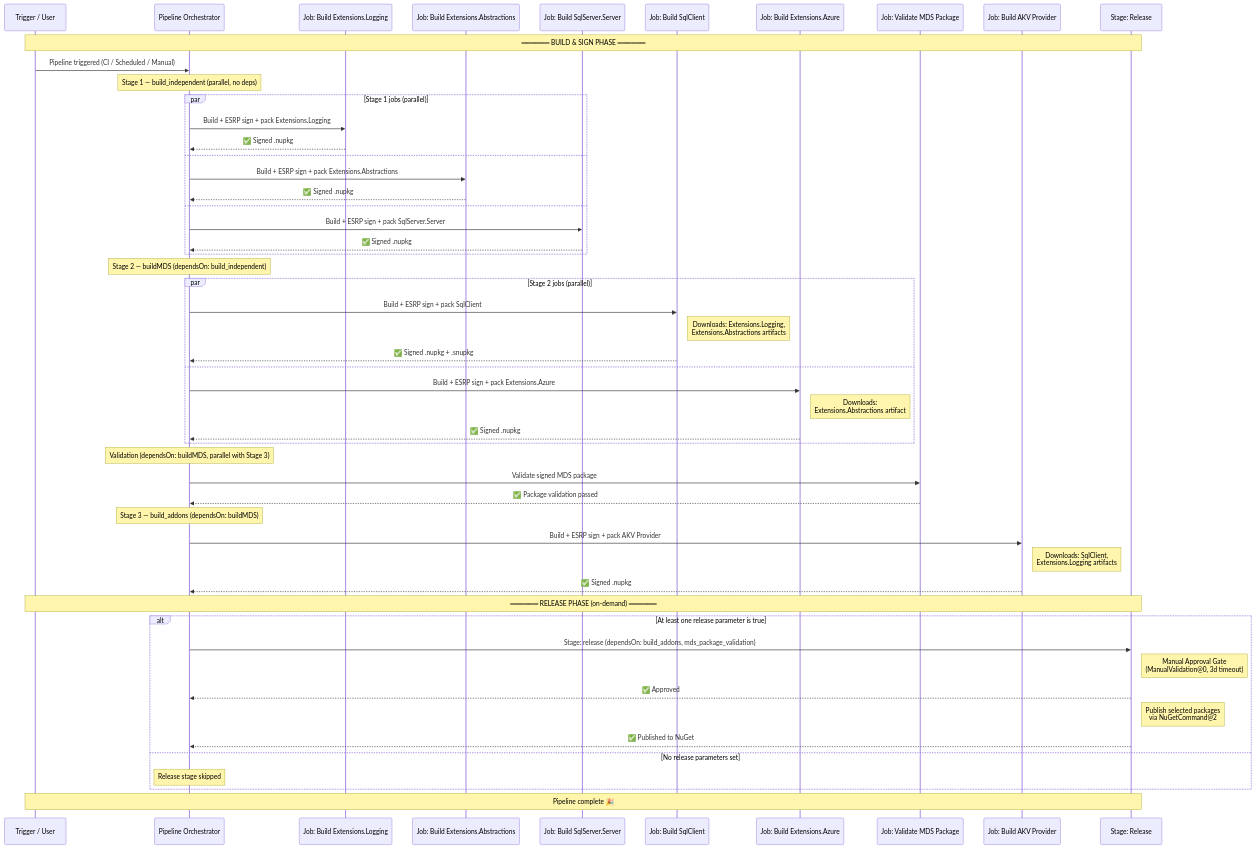
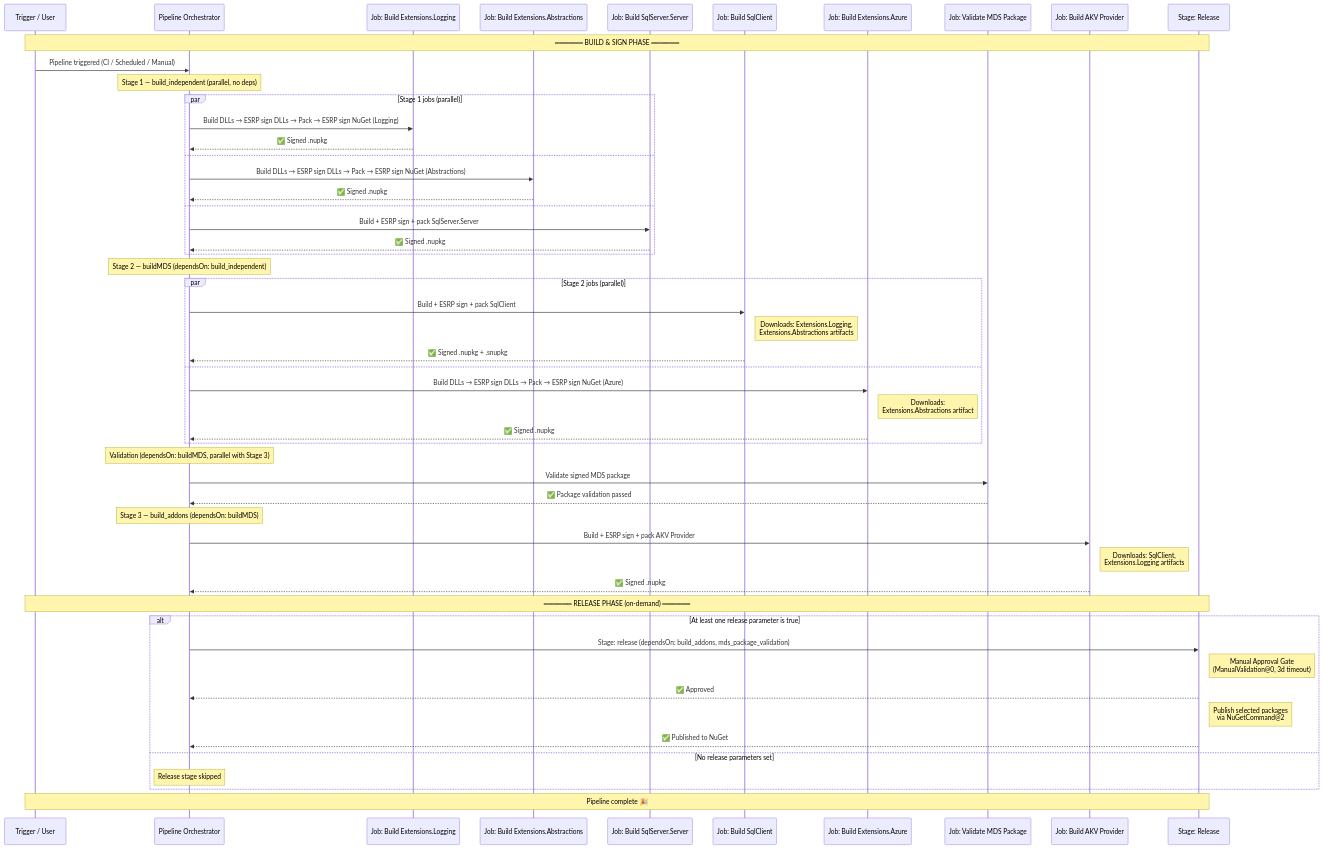
Before and after one commit to dotnet/SqlClient: the diagram in eng/sqlclient-pipeline-workflow.md, drawn with Mermaid. The commit also changed other lines of this file and 1 other file, not shown here.

Commit message:
Fix for APIScan failure, ensure DLLs are copied first.

````diff
--- a/eng/sqlclient-pipeline-workflow.md
+++ b/eng/sqlclient-pipeline-workflow.md
@@ -33,67 +33,67 @@
 ```mermaid
 sequenceDiagram
     participant T as Trigger / User
     participant P as Pipeline Orchestrator
     participant B1a as Job: Build Extensions.Logging
     participant B1b as Job: Build Extensions.Abstractions
     participant B1c as Job: Build SqlServer.Server
     participant B2a as Job: Build SqlClient
     participant B2b as Job: Build Extensions.Azure
     participant V as Job: Validate MDS Package
     participant B3 as Job: Build AKV Provider
     participant R as Stage: Release
 
     Note over T,R: ══════ BUILD & SIGN PHASE ══════
 
     T->>P: Pipeline triggered (CI / Scheduled / Manual)
 
     Note over P: Stage 1 — build_independent (parallel, no deps)
 
     par Stage 1 jobs (parallel)
-        P->>B1a: Build + ESRP sign + pack Extensions.Logging
+        P->>B1a: Build DLLs → ESRP sign DLLs → Pack → ESRP sign NuGet (Logging)
         B1a-->>P: ✅ Signed .nupkg
     and
-        P->>B1b: Build + ESRP sign + pack Extensions.Abstractions
+        P->>B1b: Build DLLs → ESRP sign DLLs → Pack → ESRP sign NuGet (Abstractions)
         B1b-->>P: ✅ Signed .nupkg
     and
         P->>B1c: Build + ESRP sign + pack SqlServer.Server
         B1c-->>P: ✅ Signed .nupkg
     end
 
     Note over P: Stage 2 — buildMDS (dependsOn: build_independent)
 
     par Stage 2 jobs (parallel)
         P->>B2a: Build + ESRP sign + pack SqlClient
         Note right of B2a: Downloads: Extensions.Logging,<br/>Extensions.Abstractions artifacts
         B2a-->>P: ✅ Signed .nupkg + .snupkg
     and
-        P->>B2b: Build + ESRP sign + pack Extensions.Azure
+        P->>B2b: Build DLLs → ESRP sign DLLs → Pack → ESRP sign NuGet (Azure)
         Note right of B2b: Downloads:<br/>Extensions.Abstractions artifact
         B2b-->>P: ✅ Signed .nupkg
     end
 
     Note over P: Validation (dependsOn: buildMDS, parallel with Stage 3)
 
     P->>V: Validate signed MDS package
     V-->>P: ✅ Package validation passed
 
     Note over P: Stage 3 — build_addons (dependsOn: buildMDS)
 
     P->>B3: Build + ESRP sign + pack AKV Provider
     Note right of B3: Downloads: SqlClient,<br/>Extensions.Logging artifacts
     B3-->>P: ✅ Signed .nupkg
 
     Note over T,R: ══════ RELEASE PHASE (on-demand) ══════
 
     alt At least one release parameter is true
         P->>R: Stage: release (dependsOn: build_addons, mds_package_validation)
         Note right of R: Manual Approval Gate<br/>(ManualValidation@0, 3d timeout)
         R-->>P: ✅ Approved
         Note right of R: Publish selected packages<br/>via NuGetCommand@2
         R-->>P: ✅ Published to NuGet
     else No release parameters set
         Note over P: Release stage skipped
     end
 
     Note over T,R: Pipeline complete 🎉
 ```
````
